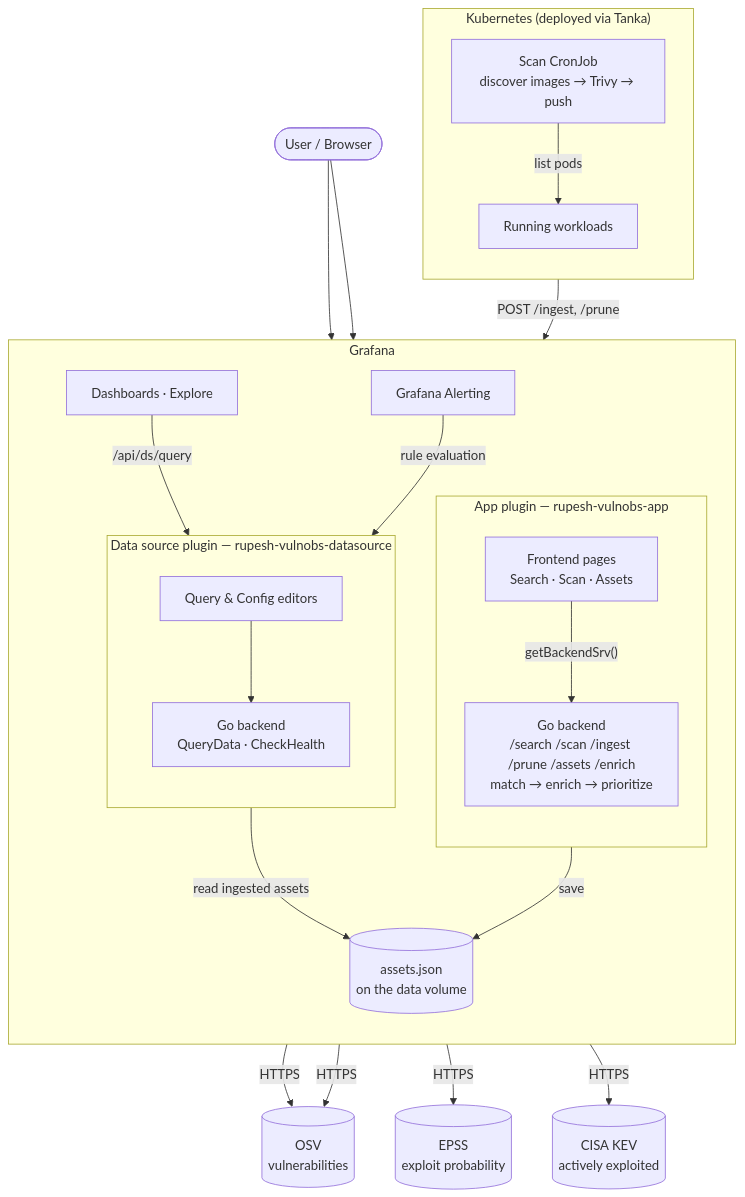
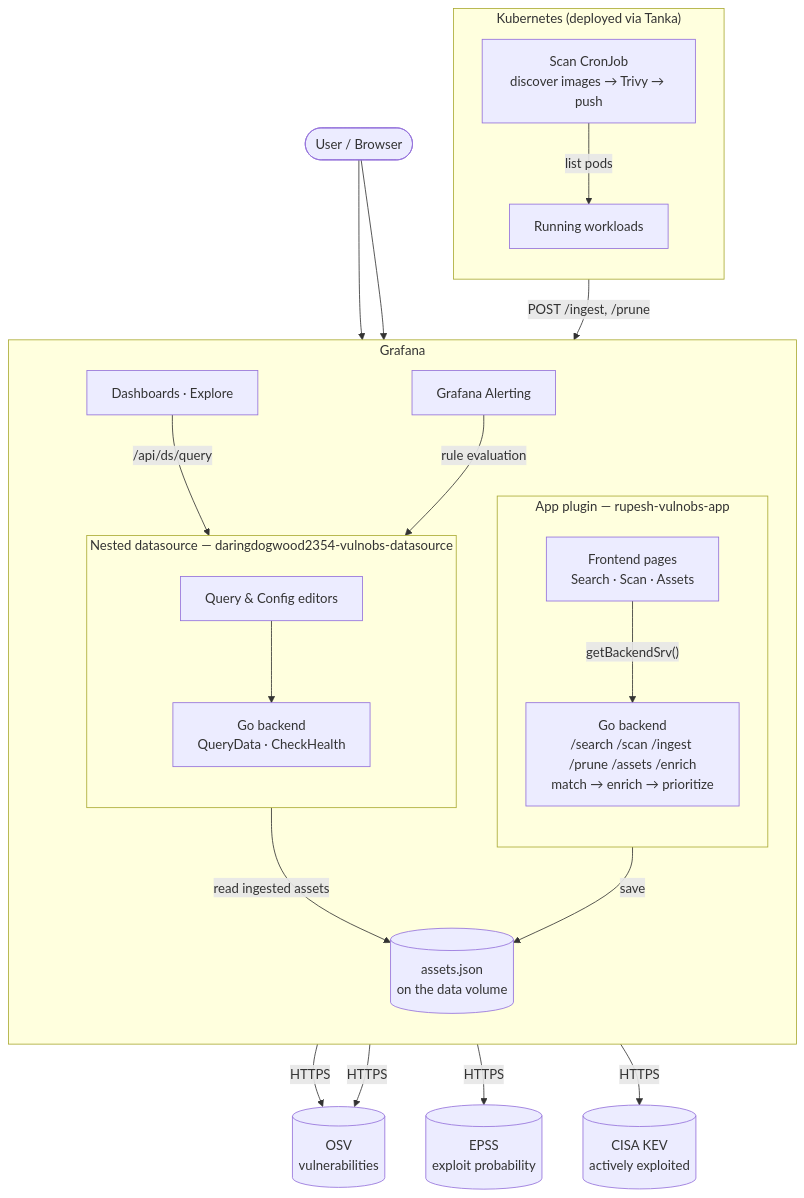
The diagram in README.md (rupeshkoushik07/grafana-vulnobs), drawn with Mermaid before and after one commit. The commit also changed other lines of this file and 23 other files, not shown here.

Commit message:
feat: bundle datasource in Vulnobs app

````diff
--- a/README.md
+++ b/README.md
@@ -114,49 +116,49 @@
 ```mermaid
 flowchart TB
     user(["User&nbsp;/&nbsp;Browser"])
 
     subgraph k8s["Kubernetes (deployed via Tanka)"]
         direction TB
         pods["Running workloads"]
         scanner["Scan CronJob<br/>discover images → Trivy → push"]
         scanner -->|"list pods"| pods
     end
 
     subgraph grafana["Grafana"]
         direction TB
         dashes["Dashboards&nbsp;·&nbsp;Explore"]
         alerting["Grafana Alerting"]
 
         subgraph app["App plugin — rupesh-vulnobs-app"]
             direction TB
             appfe["Frontend pages<br/>Search · Scan · Assets"]
             appbe["Go backend<br/>/search /scan /ingest /prune /assets /enrich<br/>match → enrich → prioritize"]
             appfe -->|"getBackendSrv()"| appbe
         end
 
-        subgraph ds["Data source plugin — rupesh-vulnobs-datasource"]
+        subgraph ds["Nested datasource — daringdogwood2354-vulnobs-datasource"]
             direction TB
             dsfe["Query &amp; Config editors"]
             dsbe["Go backend<br/>QueryData · CheckHealth"]
             dsfe --> dsbe
         end
 
         store[("assets.json<br/>on the data volume")]
     end
 
     osv[("OSV<br/>vulnerabilities")]
     epss[("EPSS<br/>exploit probability")]
     kev[("CISA KEV<br/>actively exploited")]
 
     user --> appfe
     user --> dashes
     scanner -->|"POST /ingest, /prune"| appbe
     appbe -->|"save"| store
     dsbe -->|"read ingested assets"| store
     dashes -->|"/api/ds/query"| dsbe
     alerting -->|"rule evaluation"| dsbe
     appbe -->|"HTTPS"| osv
     appbe -->|"HTTPS"| epss
     appbe -->|"HTTPS"| kev
     dsbe -->|"HTTPS"| osv
 ```
````
